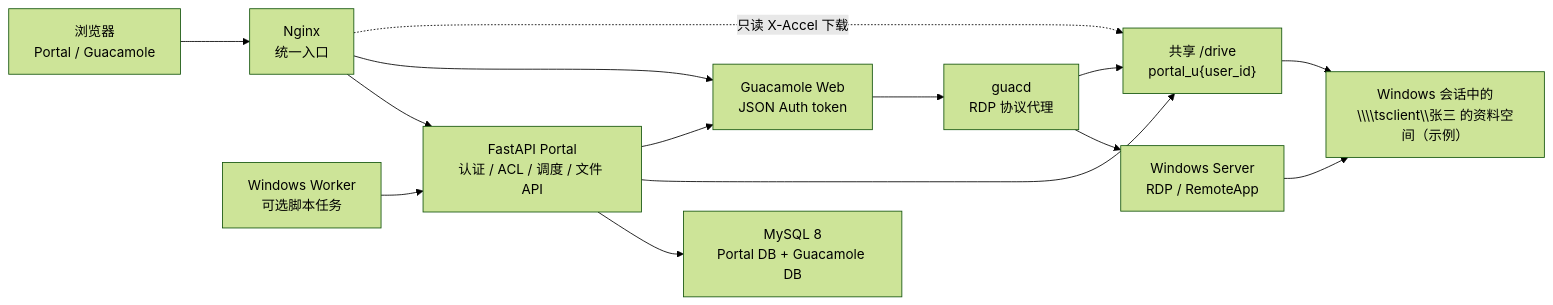
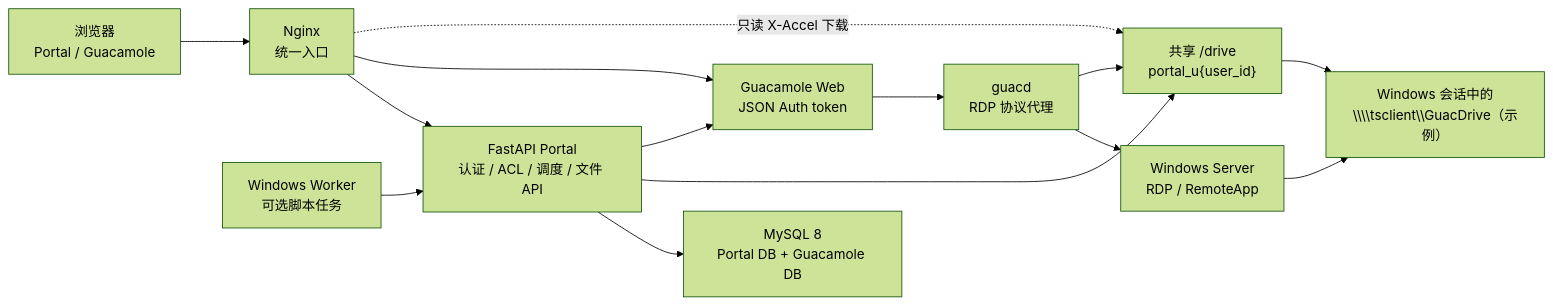
One commit to MagicXran/gucamole_app changed the first of 5 diagrams in README.md. Above: the diagram before and after it, drawn with Mermaid (forest theme). The commit also changed other lines of this file and 9 other files, not shown here.

First line of the commit message:
fix: 修复 RemoteApp GuacDrive 中文名称乱码

````diff
--- a/README.md
+++ b/README.md
@@ -74,16 +74,16 @@
 ```mermaid
 flowchart LR
     Browser["浏览器\nPortal / Guacamole"] --> Nginx["Nginx\n统一入口"]
     Nginx --> Portal["FastAPI Portal\n认证 / ACL / 调度 / 文件 API"]
     Nginx --> GuacWeb["Guacamole Web\nJSON Auth token"]
     Portal --> MySQL["MySQL 8\nPortal DB + Guacamole DB"]
     Portal --> Drive["共享 /drive\nportal_u{user_id}"]
     Portal --> GuacWeb
     GuacWeb --> Guacd["guacd\nRDP 协议代理"]
     Guacd --> WindowsHost["Windows Server\nRDP / RemoteApp"]
     Guacd --> Drive
     Nginx -. "只读 X-Accel 下载" .-> Drive
-    Drive --> GuacDrive["Windows 会话中的\n\\\\tsclient\\张三 的资料空间（示例）"]
+    Drive --> GuacDrive["Windows 会话中的\n\\\\tsclient\\GuacDrive（示例）"]
     WindowsHost --> GuacDrive
     Worker["Windows Worker\n可选脚本任务"] --> Portal
 ```
````
